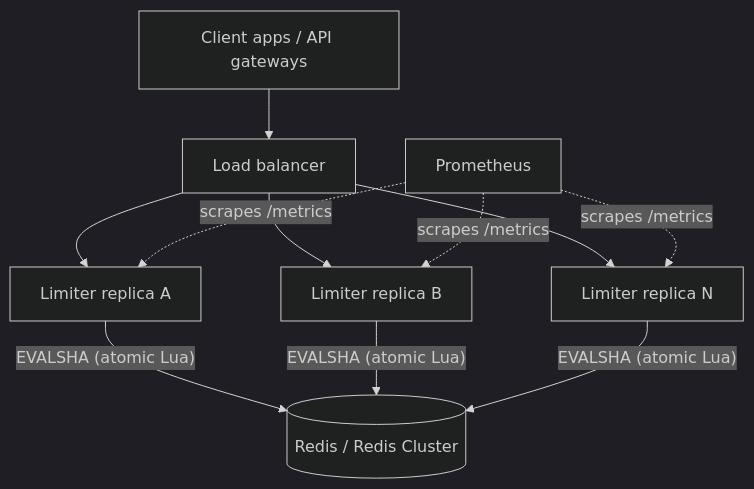
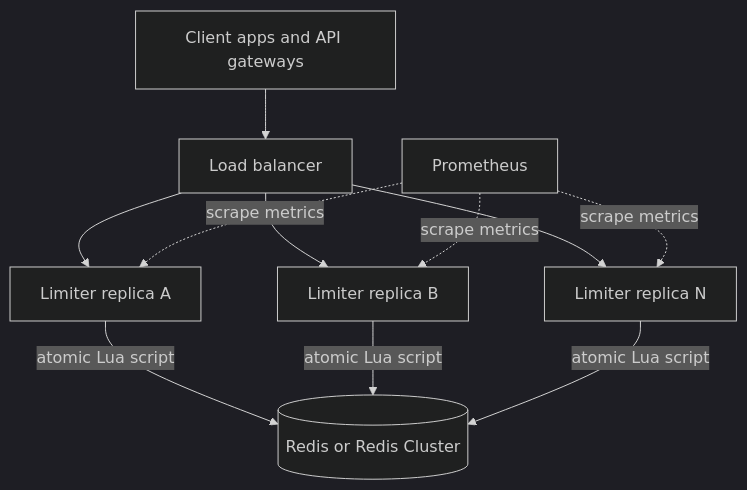
Before and after one commit to harshsuiiii/rate-limiter: the first of 5 diagrams in README.md, drawn with Mermaid (dark theme).

Commit message:
Simplify system overview diagram so GitHub renders it

````diff
--- a/README.md
+++ b/README.md
@@ -20,13 +20,13 @@
 ```mermaid
 flowchart TB
-    C1[Client apps / API gateways] --> LB[Load balancer]
-    LB --> A[Limiter replica A]
-    LB --> B[Limiter replica B]
-    LB --> N[Limiter replica N]
-    A -- "EVALSHA (atomic Lua)" --> R[(Redis / Redis Cluster)]
-    B -- "EVALSHA (atomic Lua)" --> R
-    N -- "EVALSHA (atomic Lua)" --> R
-    P[Prometheus] -. "scrapes /metrics" .-> A
-    P -. "scrapes /metrics" .-> B
-    P -. "scrapes /metrics" .-> N
+    CL["Client apps and API gateways"] --> LB["Load balancer"]
+    LB --> RA["Limiter replica A"]
+    LB --> RB["Limiter replica B"]
+    LB --> RN["Limiter replica N"]
+    RA -->|atomic Lua script| DB[("Redis or Redis Cluster")]
+    RB -->|atomic Lua script| DB
+    RN -->|atomic Lua script| DB
+    PM["Prometheus"] -.->|scrape metrics| RA
+    PM -.->|scrape metrics| RB
+    PM -.->|scrape metrics| RN
 ```
````
